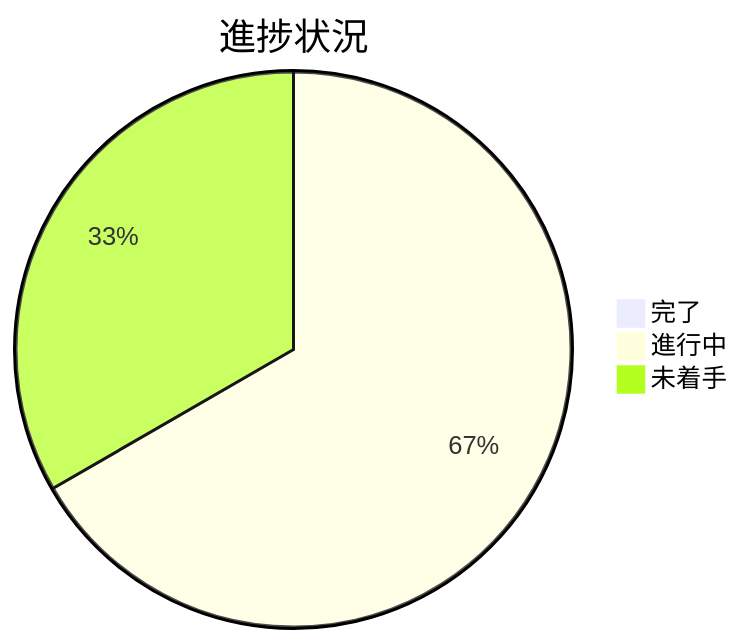
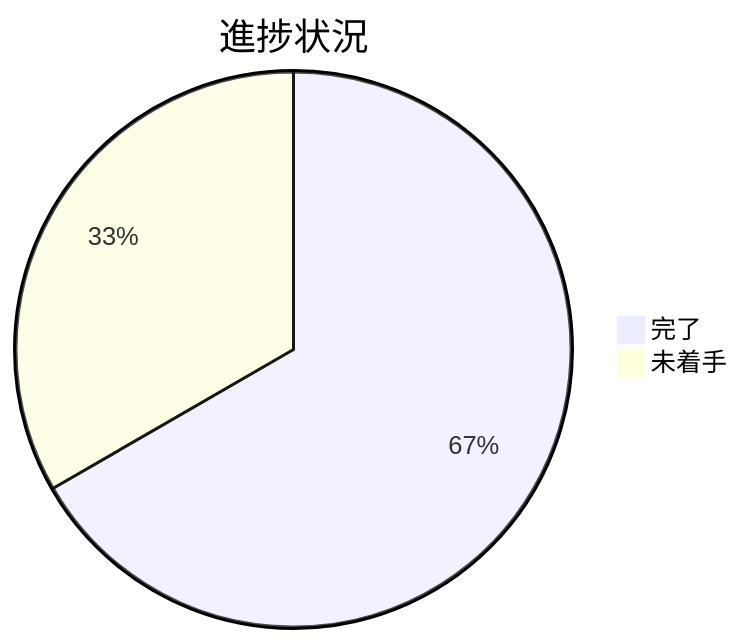
One commit to techbeansjp-free/AGENTS.md changed the diagram in docs/maintainer/workflow/20260715_160558_issue運用ポリシー全面移行/90_issues.md. Above: the diagram before and after it, drawn with Mermaid. The commit also changed other lines of this file, not shown here.

````diff
--- a/docs/maintainer/workflow/20260715_160558_issue運用ポリシー全面移行/90_issues.md
+++ b/docs/maintainer/workflow/20260715_160558_issue運用ポリシー全面移行/90_issues.md
@@ -39,6 +39,5 @@
 ```mermaid
 pie title 進捗状況
-    "完了" : 0
-    "進行中" : 2
+    "完了" : 2
     "未着手" : 1
 ```
````
